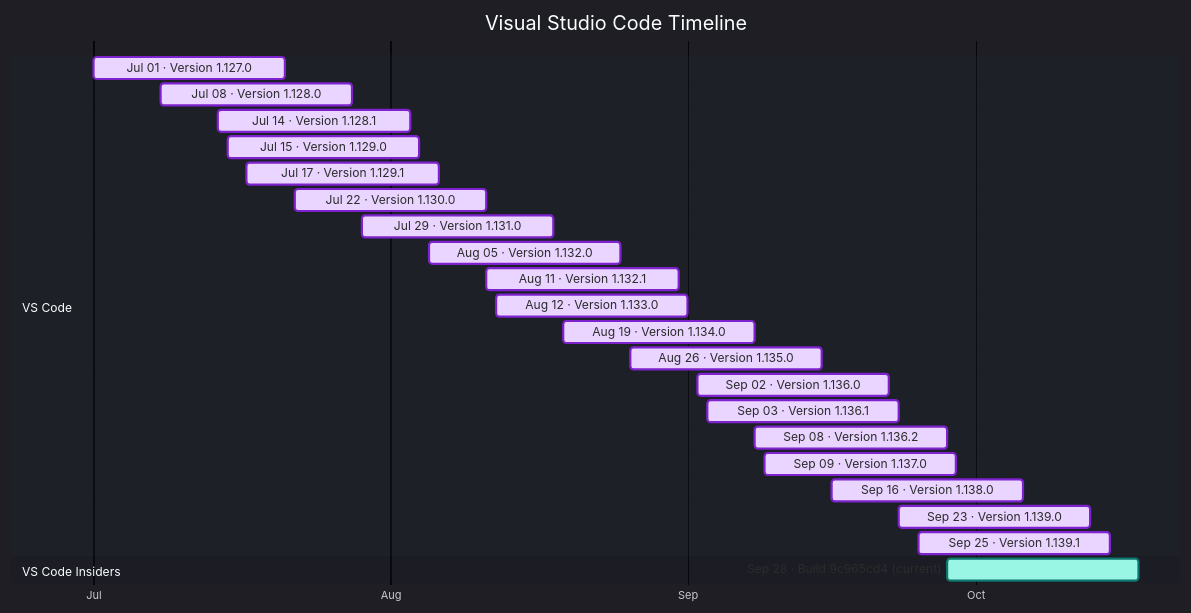
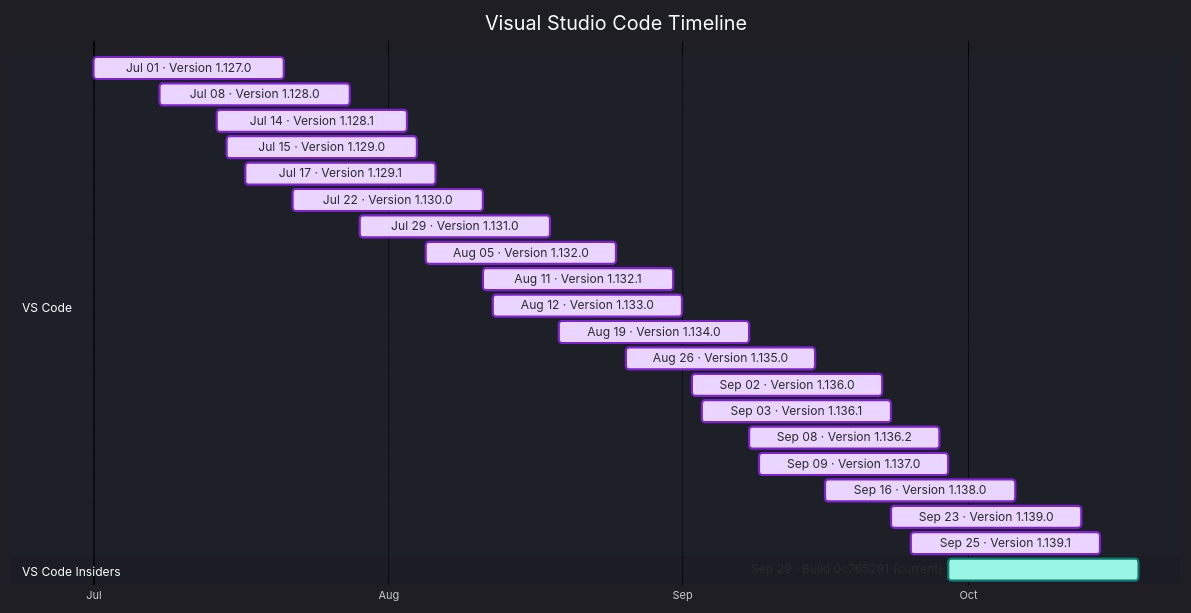
The diagram in docs/vscode.md (Oxelya-DevTools/VisualStudioUpdate), drawn with Mermaid before and after one commit. The commit also changed other lines of this file and 1 other file, not shown here.

````diff
--- a/docs/vscode.md
+++ b/docs/vscode.md
@@ -9,30 +9,30 @@
 ```mermaid
 %%{init: {'theme':'dark','themeVariables': { 'fontFamily': 'Segoe UI', 'fontSize': '24px', 'textColor': '#F3F4F6', 'titleTextColor': '#FFFFFF', 'taskTextColor': '#111827', 'taskTextLightColor': '#111827', 'taskTextOutsideColor': '#F3F4F6', 'taskBkgColor': '#BAE6FD', 'taskBorderColor': '#0369A1', 'doneTaskBkgColor': '#E9D5FF', 'doneTaskBorderColor': '#7E22CE', 'activeTaskBkgColor': '#99F6E4', 'activeTaskBorderColor': '#0F766E', 'critTaskBkgColor': '#FED7AA', 'critTaskBorderColor': '#C2410C', 'sectionBkgColor': '#1F2937', 'altSectionBkgColor': '#111827', 'gridColor': '#4B5563', 'todayLineColor': '#F87171' }}}%%
 gantt
     title Visual Studio Code Timeline
     dateFormat  YYYY-MM-DD
     axisFormat  %b
     tickInterval 1month
     section VS Code
     Jul 01 · Version 1.127.0 : done, vscode202607010, 2026-07-01, 20d
     Jul 08 · Version 1.128.0 : done, vscode202607081, 2026-07-08, 20d
     Jul 14 · Version 1.128.1 : done, vscode202607142, 2026-07-14, 20d
     Jul 15 · Version 1.129.0 : done, vscode202607153, 2026-07-15, 20d
     Jul 17 · Version 1.129.1 : done, vscode202607174, 2026-07-17, 20d
     Jul 22 · Version 1.130.0 : done, vscode202607225, 2026-07-22, 20d
     Jul 29 · Version 1.131.0 : done, vscode202607296, 2026-07-29, 20d
     Aug 05 · Version 1.132.0 : done, vscode202608057, 2026-08-05, 20d
     Aug 11 · Version 1.132.1 : done, vscode202608118, 2026-08-11, 20d
     Aug 12 · Version 1.133.0 : done, vscode202608129, 2026-08-12, 20d
     Aug 19 · Version 1.134.0 : done, vscode2026081910, 2026-08-19, 20d
     Aug 26 · Version 1.135.0 : done, vscode2026082611, 2026-08-26, 20d
     Sep 02 · Version 1.136.0 : done, vscode2026090212, 2026-09-02, 20d
     Sep 03 · Version 1.136.1 : done, vscode2026090313, 2026-09-03, 20d
     Sep 08 · Version 1.136.2 : done, vscode2026090814, 2026-09-08, 20d
     Sep 09 · Version 1.137.0 : done, vscode2026090915, 2026-09-09, 20d
     Sep 16 · Version 1.138.0 : done, vscode2026091616, 2026-09-16, 20d
     Sep 23 · Version 1.139.0 : done, vscode2026092317, 2026-09-23, 20d
     Sep 25 · Version 1.139.1 : done, vscode2026092518, 2026-09-25, 20d
     section VS Code Insiders
-    Sep 28 · Build 9c965cd4 (current) : active, vscodeinsiders202609280, 2026-09-28, 20d
+    Sep 29 · Build 0c765281 (current) : active, vscodeinsiders202609290, 2026-09-29, 20d
 ```
````
